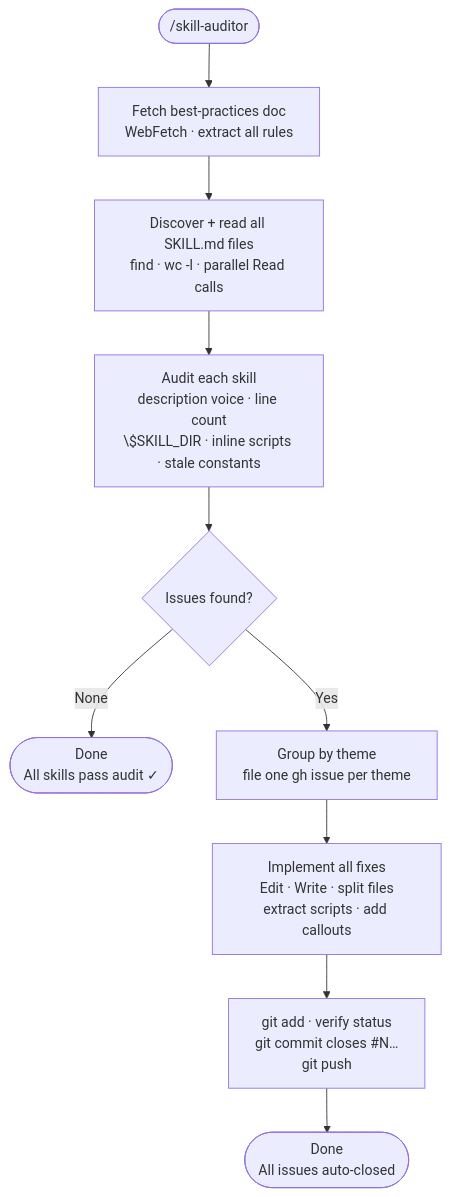
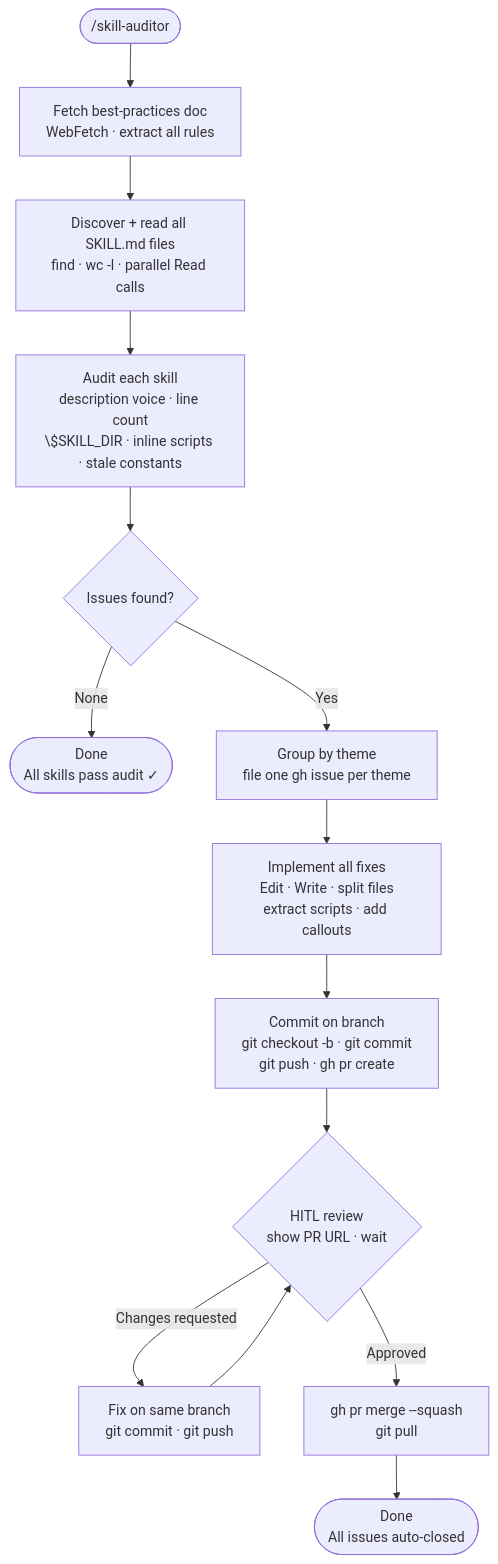
One commit to biomystery/claude-skills changed the diagram in skill-auditor/README.md. Above: the diagram before and after it, drawn with Mermaid. The commit also changed 1 other file, not shown here.

Commit message:
session-to-skill, skill-auditor: add PR + HITL review workflow (#7)
* session-to-skill, skill-auditor: add PR + HITL review workflow

Replace direct push-to-main with branch → PR → human review → merge.
Both skills now: create a named branch, commit, push, open a gh pr,
pause explicitly for the user to approve, then merge with --squash.
Mermaid diagrams in both READMEs updated to show the new HITL loop.

* revert session-to-skill to direct push — only skill-auditor uses PR+HITL

session-to-skill is designed for uninterrupted capture at session end;
reverting to single clean commit pushed directly to main. Only
skill-auditor (multi-file audit with themed issues) warrants a PR
and human review gate before merging.

* Fix README commit command for git push

---------

````diff
--- a/skill-auditor/README.md
+++ b/skill-auditor/README.md
@@ -16,12 +16,16 @@
 ```mermaid
 flowchart TD
     A(["/skill-auditor"]) --> B[Fetch best-practices doc\nWebFetch · extract all rules]
     B --> C[Discover + read all SKILL.md files\nfind · wc -l · parallel Read calls]
     C --> D[Audit each skill\ndescription voice · line count\n\$SKILL_DIR · inline scripts · stale constants]
     D --> E{Issues found?}
     E -->|None| F(["Done\nAll skills pass audit ✓"])
     E -->|Yes| G[Group by theme\nfile one gh issue per theme]
     G --> H[Implement all fixes\nEdit · Write · split files\nextract scripts · add callouts]
-    H --> I[git add · verify status\ngit commit closes #N…\ngit push]
-    I --> J(["Done\nAll issues auto-closed"])
+    H --> I[Commit on branch\ngit checkout -b · git commit\ngit push · gh pr create]
+    I --> J{HITL review\nshow PR URL · wait}
+    J -->|Changes requested| K[Fix on same branch\ngit commit · git push]
+    K --> J
+    J -->|Approved| L[gh pr merge --squash\ngit pull]
+    L --> M(["Done\nAll issues auto-closed"])
 ```
````
